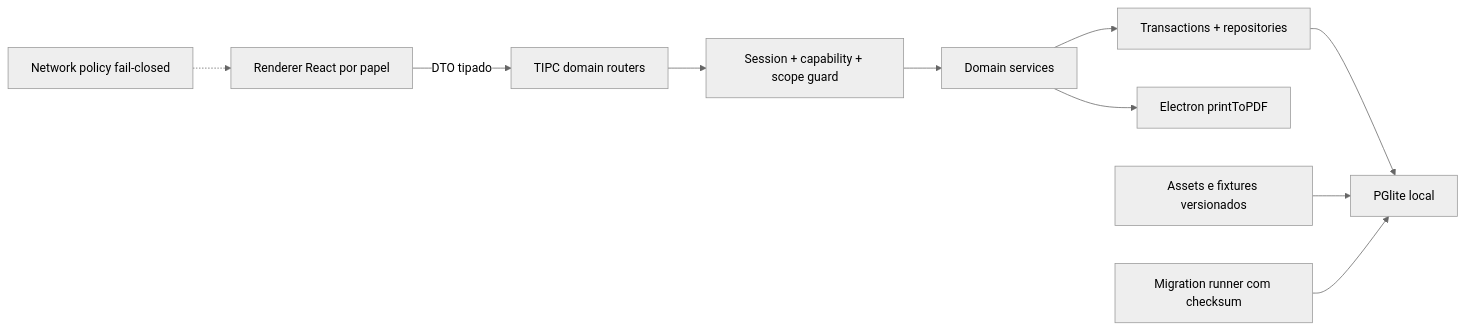
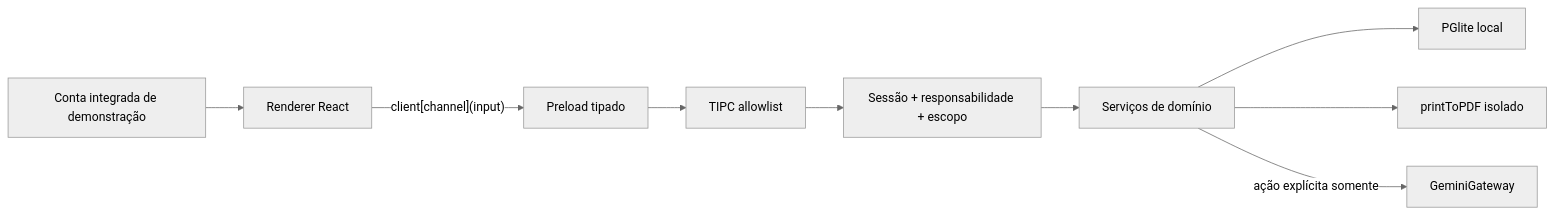
Before and after one commit to nmarcofernandess/antessala: the first of 2 diagrams in hack/BUILD.md, drawn with Mermaid (neutral theme). The commit also changed other lines of this file and 29 other files, not shown here.

````diff
--- a/hack/BUILD.md
+++ b/hack/BUILD.md
@@ -70,12 +37,11 @@
 ```mermaid
 flowchart LR
-  UI["Renderer React por papel"] -->|"DTO tipado"| IPC["TIPC domain routers"]
-  IPC --> GUARD["Session + capability + scope guard"]
-  GUARD --> APP["Domain services"]
-  APP --> TX["Transactions + repositories"]
-  TX --> DB["PGlite local"]
-  APP --> PDF["Electron printToPDF"]
-  SEED["Assets e fixtures versionados"] --> DB
-  MIG["Migration runner com checksum"] --> DB
-  NET["Network policy fail-closed"] -.-> UI
+    USER["Conta integrada de demonstração"] --> RENDERER["Renderer React"]
+    RENDERER -->|"client[channel](input)"| PRELOAD["Preload tipado"]
+    PRELOAD --> TIPC["TIPC allowlist"]
+    TIPC --> GUARD["Sessão + responsabilidade + escopo"]
+    GUARD --> SERVICES["Serviços de domínio"]
+    SERVICES --> DB["PGlite local"]
+    SERVICES --> PDF["printToPDF isolado"]
+    SERVICES -->|"ação explícita somente"| GEMINI["GeminiGateway"]
 ```
````
